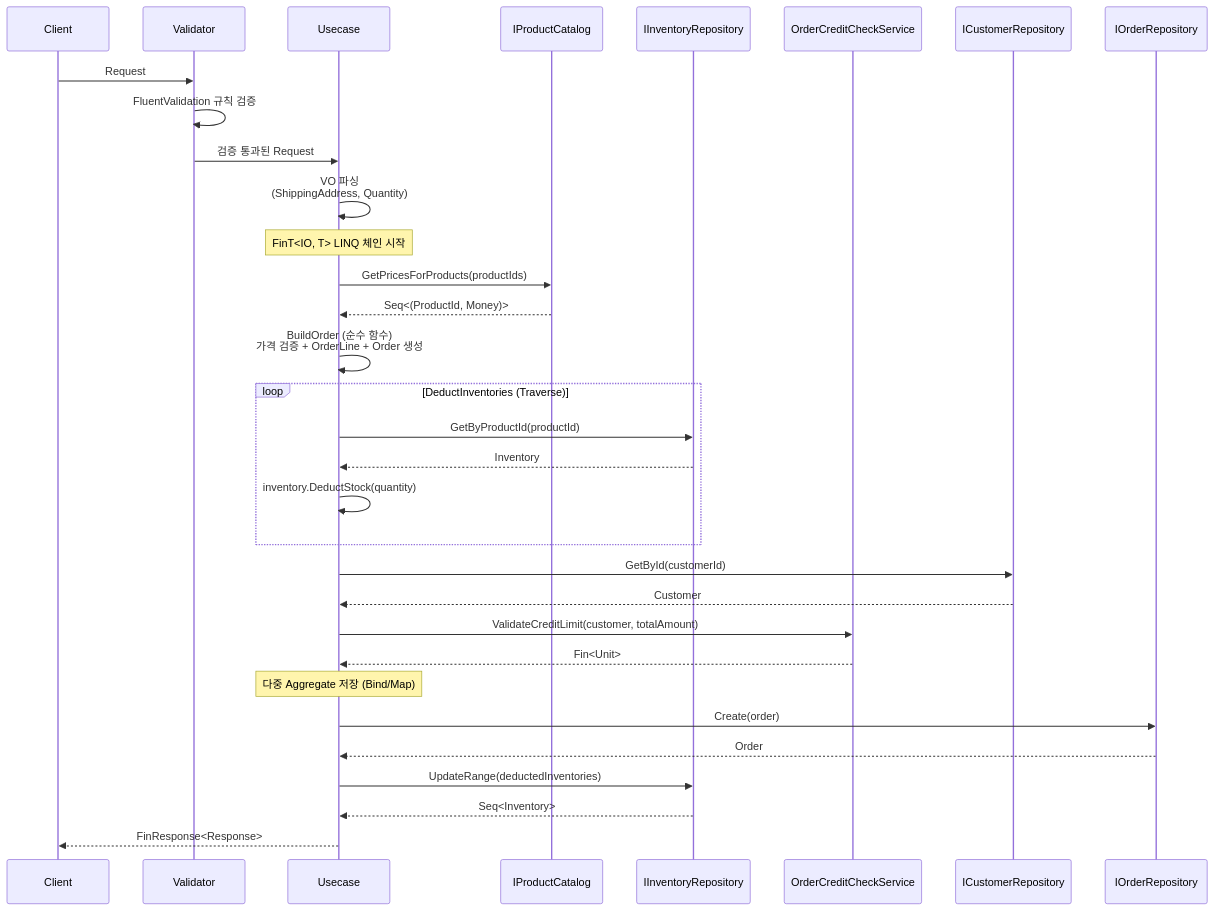
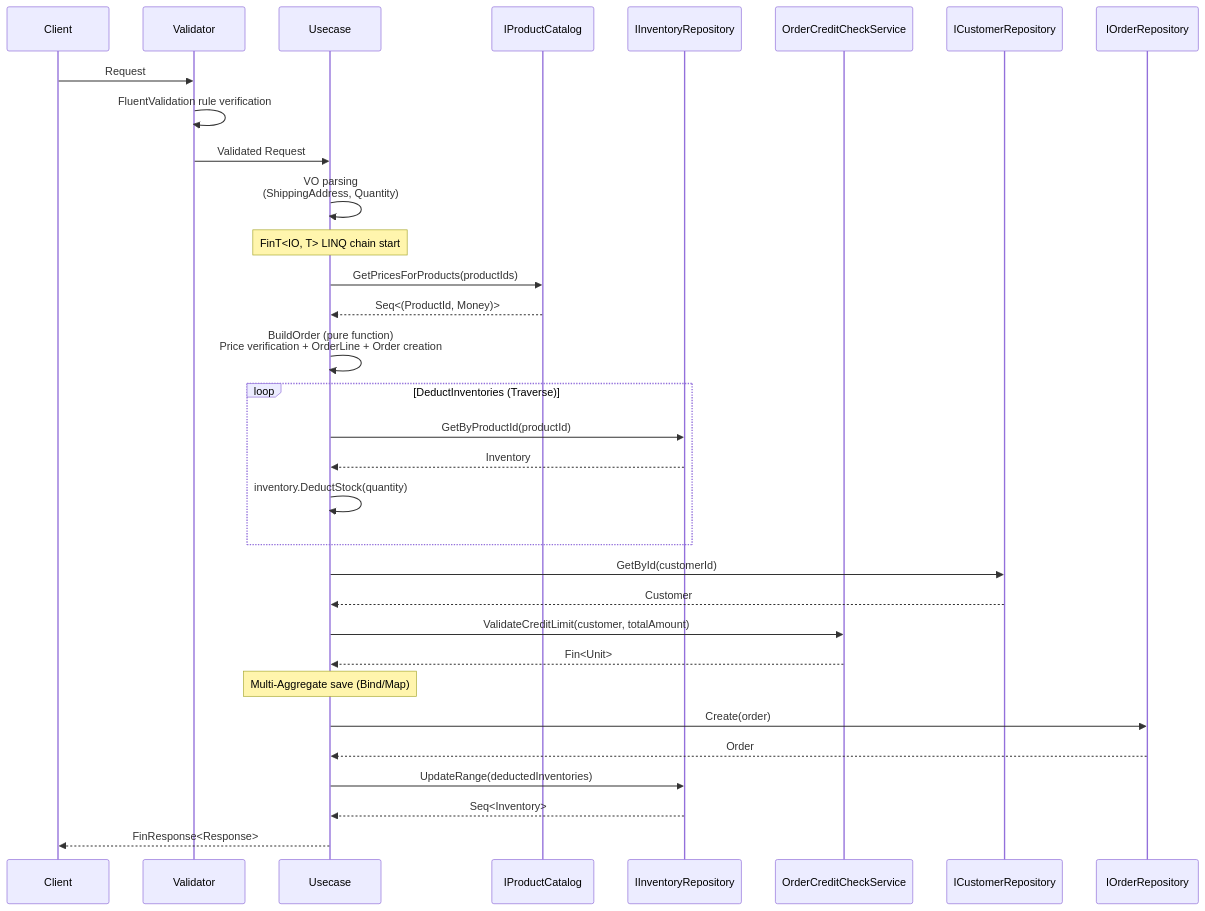
One commit to hhko/Functorium changed the second of 2 diagrams in Docs.Site/src/content/docs/samples/ecommerce-ddd/application/02-code-design.md. Above: the diagram before and after it, drawn with Mermaid. The commit also changed other lines of this file and 39 other files, not shown here.

Commit message:
docs(i18n): ecommerce-ddd 샘플, architecture-rules 튜토리얼, specification 서론 영문 번역

````diff
--- a/Docs.Site/src/content/docs/samples/ecommerce-ddd/application/02-code-design.md
+++ b/Docs.Site/src/content/docs/samples/ecommerce-ddd/application/02-code-design.md
@@ -732,40 +732,40 @@
 ```mermaid
 sequenceDiagram
     participant Client
     participant Validator
     participant Usecase
     participant ProductCatalog as IProductCatalog
     participant InventoryRepo as IInventoryRepository
     participant CreditCheck as OrderCreditCheckService
     participant CustomerRepo as ICustomerRepository
     participant OrderRepo as IOrderRepository
 
     Client->>Validator: Request
-    Validator->>Validator: FluentValidation 규칙 검증
-    Validator->>Usecase: 검증 통과된 Request
+    Validator->>Validator: FluentValidation rule verification
+    Validator->>Usecase: Validated Request
 
-    Usecase->>Usecase: VO 파싱<br/>(ShippingAddress, Quantity)
+    Usecase->>Usecase: VO parsing<br/>(ShippingAddress, Quantity)
 
-    Note over Usecase: FinT<IO, T> LINQ 체인 시작
+    Note over Usecase: FinT<IO, T> LINQ chain start
 
     Usecase->>ProductCatalog: GetPricesForProducts(productIds)
     ProductCatalog-->>Usecase: Seq<(ProductId, Money)>
-    Usecase->>Usecase: BuildOrder (순수 함수)<br/>가격 검증 + OrderLine + Order 생성
+    Usecase->>Usecase: BuildOrder (pure function)<br/>Price verification + OrderLine + Order creation
     loop DeductInventories (Traverse)
         Usecase->>InventoryRepo: GetByProductId(productId)
         InventoryRepo-->>Usecase: Inventory
         Usecase->>Usecase: inventory.DeductStock(quantity)
     end
     Usecase->>CustomerRepo: GetById(customerId)
     CustomerRepo-->>Usecase: Customer
     Usecase->>CreditCheck: ValidateCreditLimit(customer, totalAmount)
     CreditCheck-->>Usecase: Fin<Unit>
 
-    Note over Usecase: 다중 Aggregate 저장 (Bind/Map)
+    Note over Usecase: Multi-Aggregate save (Bind/Map)
     Usecase->>OrderRepo: Create(order)
     OrderRepo-->>Usecase: Order
     Usecase->>InventoryRepo: UpdateRange(deductedInventories)
     InventoryRepo-->>Usecase: Seq<Inventory>
 
     Usecase-->>Client: FinResponse<Response>
 ```
````
